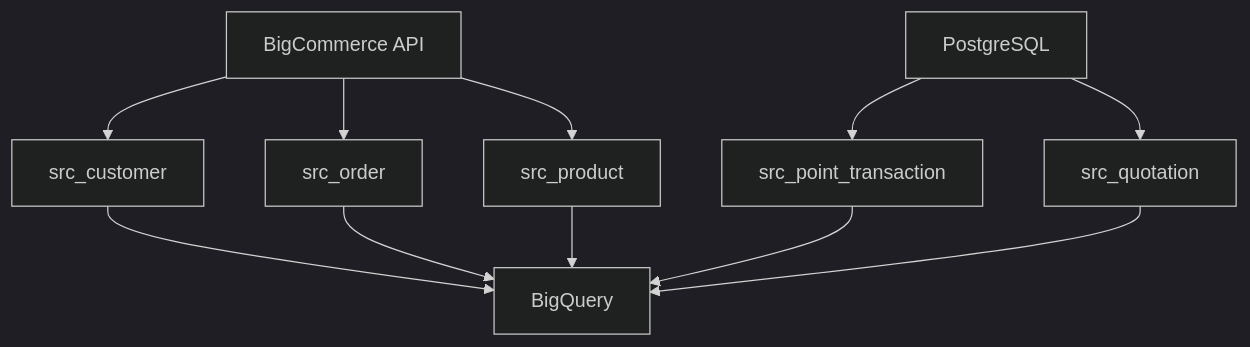
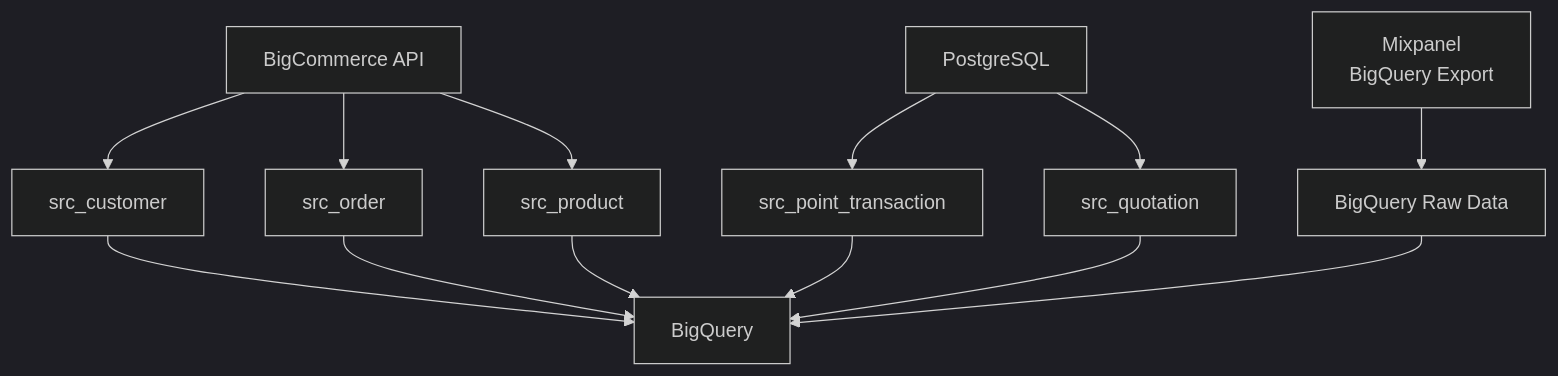
One commit to easdkr/tech-blog changed the fourth of 6 diagrams in docs/posts/data-engineering/dagster-basics.md. Above: the diagram before and after it, drawn with Mermaid (dark theme). The commit also changed other lines of this file and 1 other file, not shown here.

````diff
--- a/docs/posts/data-engineering/dagster-basics.md
+++ b/docs/posts/data-engineering/dagster-basics.md
@@ -1087,14 +1095,16 @@
 ```mermaid
 graph TD
     A[BigCommerce API] --> B[src_customer]
     A --> C[src_order]
     A --> D[src_product]
     E[PostgreSQL] --> F[src_point_transaction]
     E --> G[src_quotation]
+    H[Mixpanel<br/>BigQuery Export] --> I[BigQuery Raw Data]
     
-    B --> H[BigQuery]
-    C --> H
-    D --> H
-    F --> H
-    G --> H
+    B --> J[BigQuery]
+    C --> J
+    D --> J
+    F --> J
+    G --> J
+    I --> J
 ```
````
